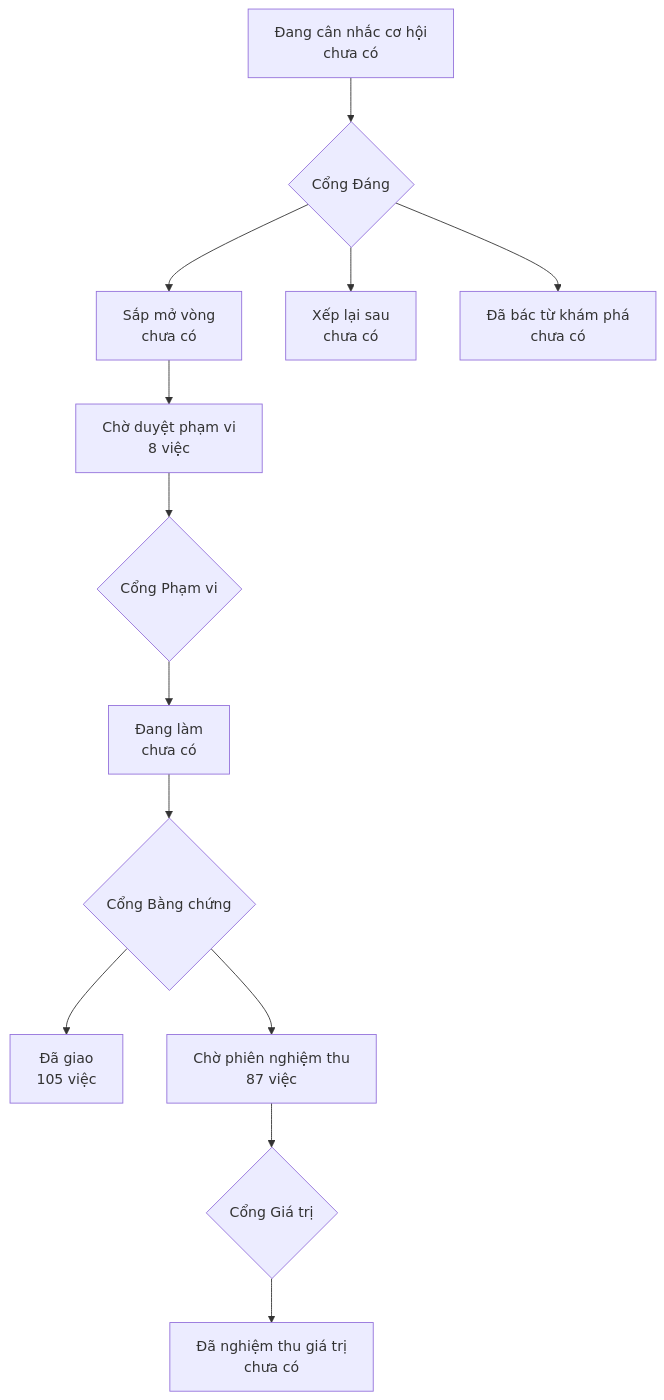
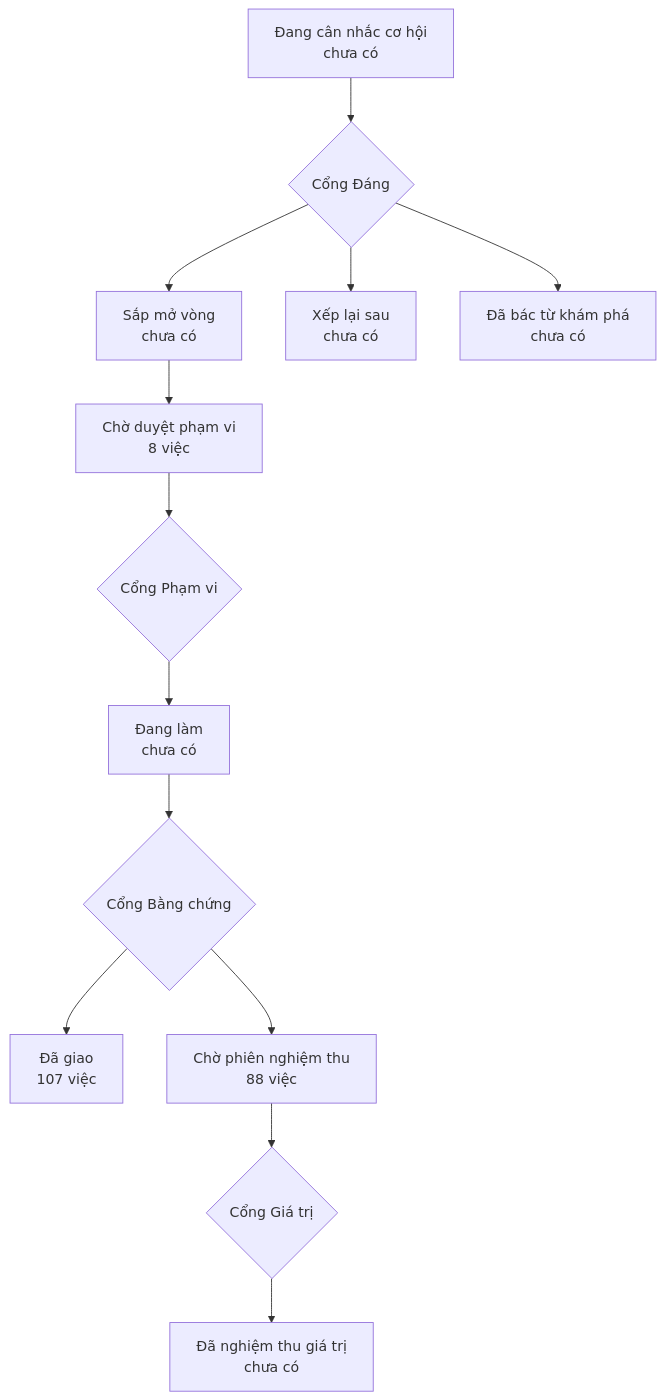
Before and after one commit to phanlemanh/onehub-invest: the diagram in PRODUCT-MAP.md, drawn with Mermaid. The commit also changed other lines of this file and 1 other file, not shown here.

Commit message:
chore(acceptance): vẽ lại bản đồ sau gộp main

````diff
--- a/PRODUCT-MAP.md
+++ b/PRODUCT-MAP.md
@@ -7,12 +7,12 @@
 ```mermaid
 flowchart TD
   A["Đang cân nhắc cơ hội<br/>chưa có"] --> GD{"Cổng Đáng"}
   GD --> B["Sắp mở vòng<br/>chưa có"]
   GD --> XL["Xếp lại sau<br/>chưa có"]
   GD --> DB["Đã bác từ khám phá<br/>chưa có"]
   B --> CD["Chờ duyệt phạm vi<br/>8 việc"] --> GP{"Cổng Phạm vi"}
   GP --> DL["Đang làm<br/>chưa có"] --> GB{"Cổng Bằng chứng"}
-  GB --> DG["Đã giao<br/>105 việc"]
-  GB --> CN["Chờ phiên nghiệm thu<br/>87 việc"] --> GG{"Cổng Giá trị"}
+  GB --> DG["Đã giao<br/>107 việc"]
+  GB --> CN["Chờ phiên nghiệm thu<br/>88 việc"] --> GG{"Cổng Giá trị"}
   GG --> NT["Đã nghiệm thu giá trị<br/>chưa có"]
 ```
````
